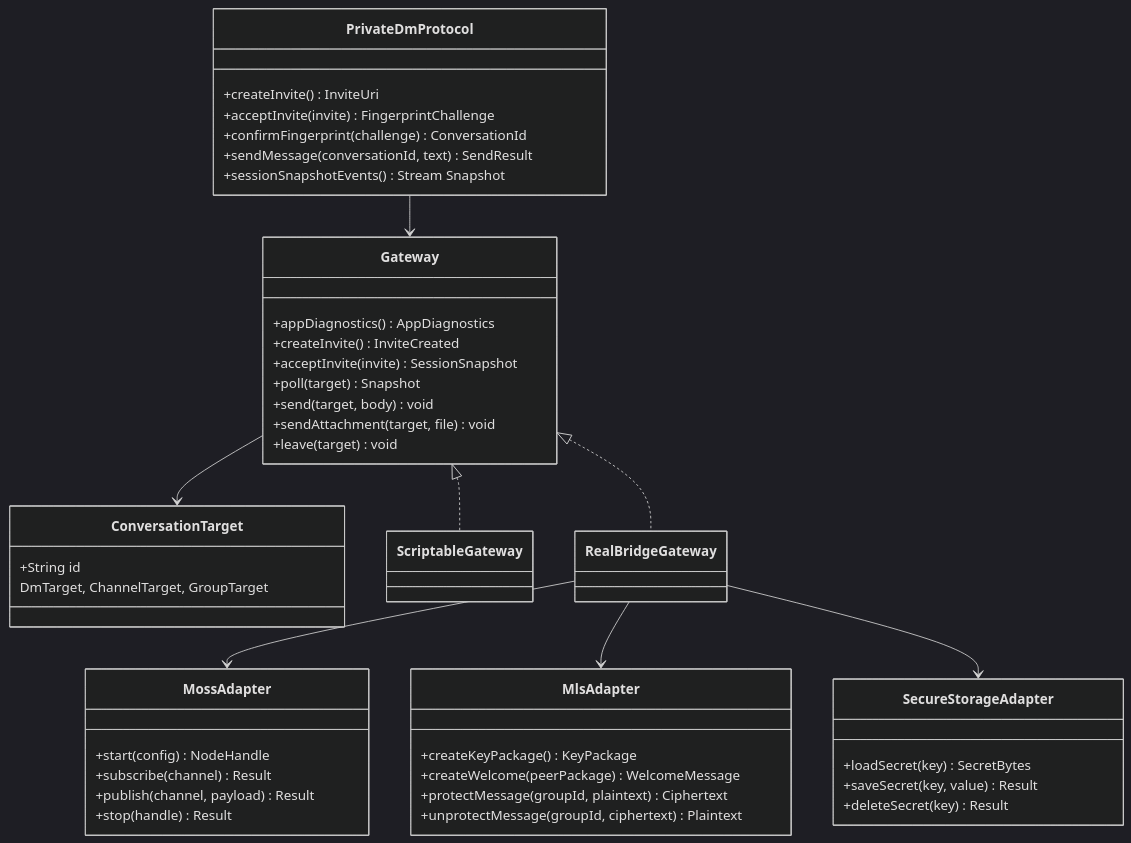
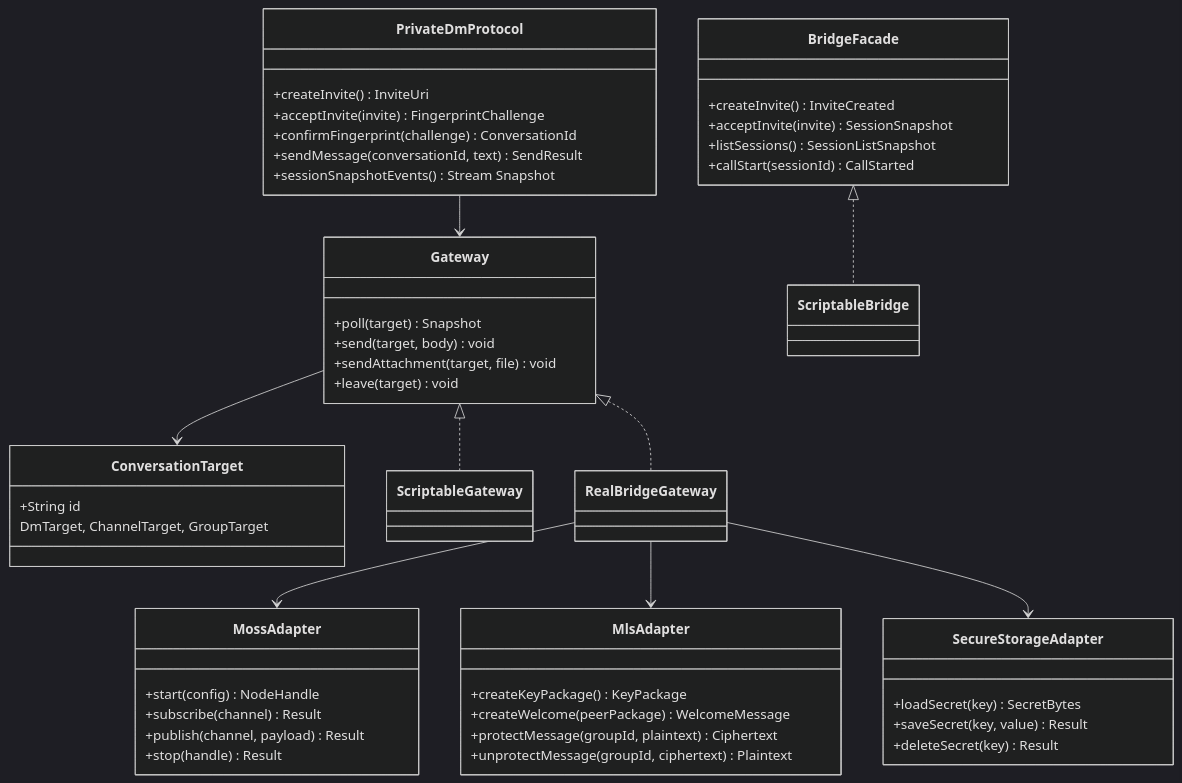
One commit to redstone-md/mosh-flutter changed the sixth of 11 diagrams in docs/Architecture.md. Above: the diagram before and after it, drawn with Mermaid (dark theme). The commit also changed other lines of this file and 62 other files, not shown here.

````diff
--- a/docs/Architecture.md
+++ b/docs/Architecture.md
@@ -192,59 +199,67 @@
 ```mermaid
 classDiagram
     class PrivateDmProtocol {
       +createInvite() InviteUri
       +acceptInvite(invite) FingerprintChallenge
       +confirmFingerprint(challenge) ConversationId
       +sendMessage(conversationId, text) SendResult
       +sessionSnapshotEvents() Stream Snapshot
     }
 
     class Gateway {
-      +appDiagnostics() AppDiagnostics
-      +createInvite() InviteCreated
-      +acceptInvite(invite) SessionSnapshot
       +poll(target) Snapshot
       +send(target, body) void
       +sendAttachment(target, file) void
       +leave(target) void
+    }
+
+    class BridgeFacade {
+      +createInvite() InviteCreated
+      +acceptInvite(invite) SessionSnapshot
+      +listSessions() SessionListSnapshot
+      +callStart(sessionId) CallStarted
     }
 
     class ConversationTarget {
       +String id
       DmTarget, ChannelTarget, GroupTarget
     }
 
     class ScriptableGateway {
     }
 
     class RealBridgeGateway {
+    }
+
+    class ScriptableBridge {
     }
 
     class MossAdapter {
       +start(config) NodeHandle
       +subscribe(channel) Result
       +publish(channel, payload) Result
       +stop(handle) Result
     }
 
     class MlsAdapter {
       +createKeyPackage() KeyPackage
       +createWelcome(peerPackage) WelcomeMessage
       +protectMessage(groupId, plaintext) Ciphertext
       +unprotectMessage(groupId, ciphertext) Plaintext
     }
 
     class SecureStorageAdapter {
       +loadSecret(key) SecretBytes
       +saveSecret(key, value) Result
       +deleteSecret(key) Result
     }
 
     PrivateDmProtocol --> Gateway
     Gateway --> ConversationTarget
     Gateway <|.. ScriptableGateway
     Gateway <|.. RealBridgeGateway
+    BridgeFacade <|.. ScriptableBridge
     RealBridgeGateway --> MossAdapter
     RealBridgeGateway --> MlsAdapter
     RealBridgeGateway --> SecureStorageAdapter
 ```
````
